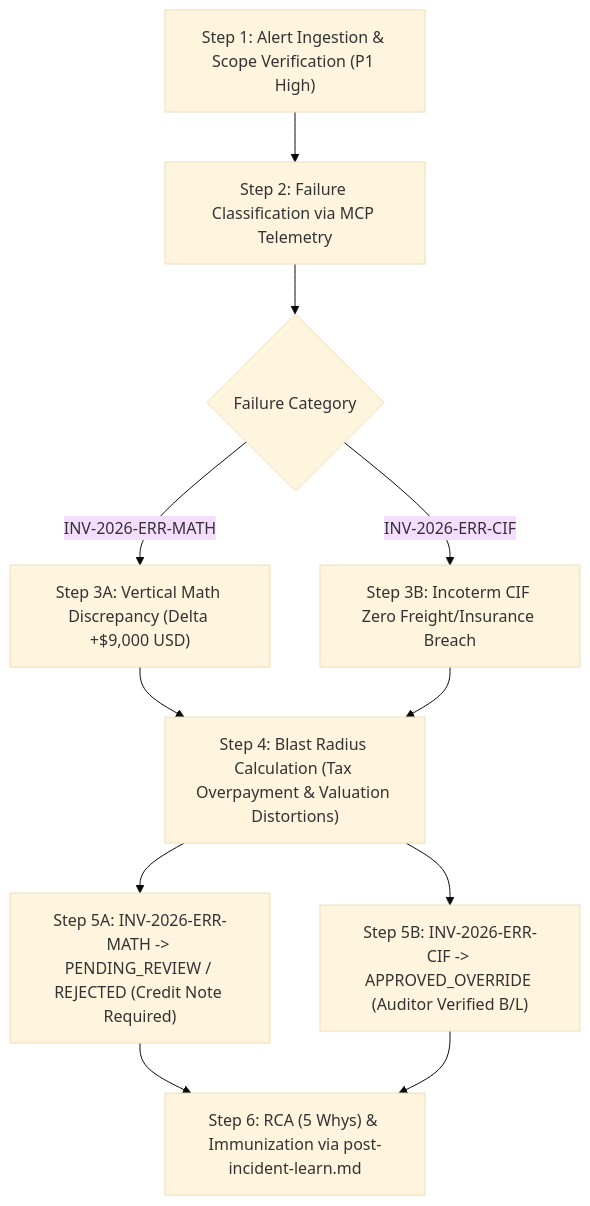
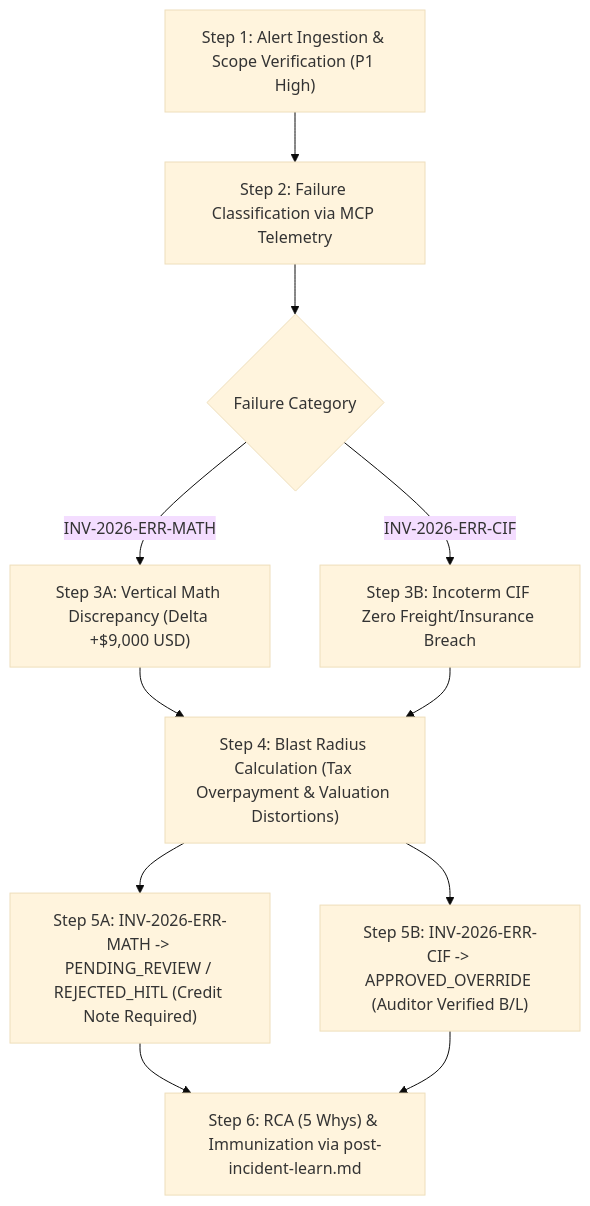
The diagram in knowledge/runbooks/INC-2026-11-10-001_quarantine_triage.md (hugoargerio-glitch/Comex-Data-Engine-V2), drawn with Mermaid (base theme) before and after one commit. The commit also changed other lines of this file and 14 other files, not shown here.

````diff
--- a/knowledge/runbooks/INC-2026-11-10-001_quarantine_triage.md
+++ b/knowledge/runbooks/INC-2026-11-10-001_quarantine_triage.md
@@ -46,13 +46,13 @@
 ```mermaid
 flowchart TD
     S1["Step 1: Alert Ingestion & Scope Verification (P1 High)"] --> S2["Step 2: Failure Classification via MCP Telemetry"]
     S2 --> C1{"Failure Category"}
     C1 -->|INV-2026-ERR-MATH| S3A["Step 3A: Vertical Math Discrepancy (Delta +$9,000 USD)"]
     C1 -->|INV-2026-ERR-CIF| S3B["Step 3B: Incoterm CIF Zero Freight/Insurance Breach"]
     S3A --> S4["Step 4: Blast Radius Calculation (Tax Overpayment & Valuation Distortions)"]
     S3B --> S4
-    S4 --> S5A["Step 5A: INV-2026-ERR-MATH -> PENDING_REVIEW / REJECTED (Credit Note Required)"]
+    S4 --> S5A["Step 5A: INV-2026-ERR-MATH -> PENDING_REVIEW / REJECTED_HITL (Credit Note Required)"]
     S4 --> S5B["Step 5B: INV-2026-ERR-CIF -> APPROVED_OVERRIDE (Auditor Verified B/L)"]
     S5A --> S6["Step 6: RCA (5 Whys) & Immunization via post-incident-learn.md"]
     S5B --> S6
 ```
````
